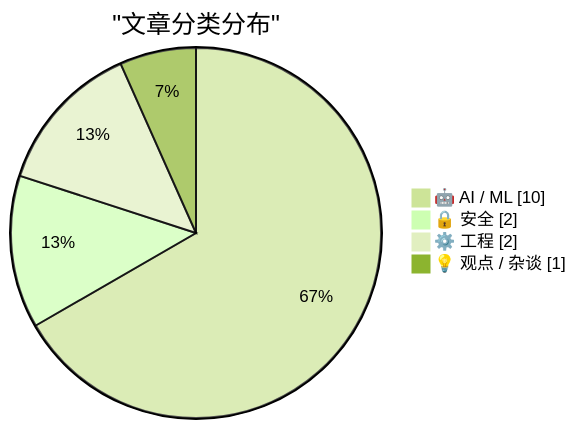
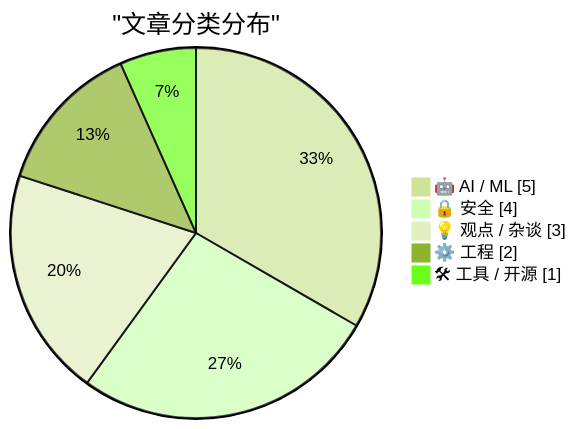
The first of 2 diagrams in digests/digest-20260629.md (Halcyon-ccc/ai-daily-digest), drawn with Mermaid (forest theme) before and after one commit. The commit also changed other lines of this file, not shown here.

````diff
--- a/digests/digest-20260629.md
+++ b/digests/digest-20260629.md
@@ -338,8 +398,9 @@
 ```mermaid
 pie showData
     title "文章分类分布"
-    "🤖 AI / ML" : 10
-    "🔒 安全" : 2
+    "🤖 AI / ML" : 5
+    "🔒 安全" : 4
+    "💡 观点 / 杂谈" : 3
     "⚙️ 工程" : 2
-    "💡 观点 / 杂谈" : 1
+    "🛠 工具 / 开源" : 1
 ```
````
